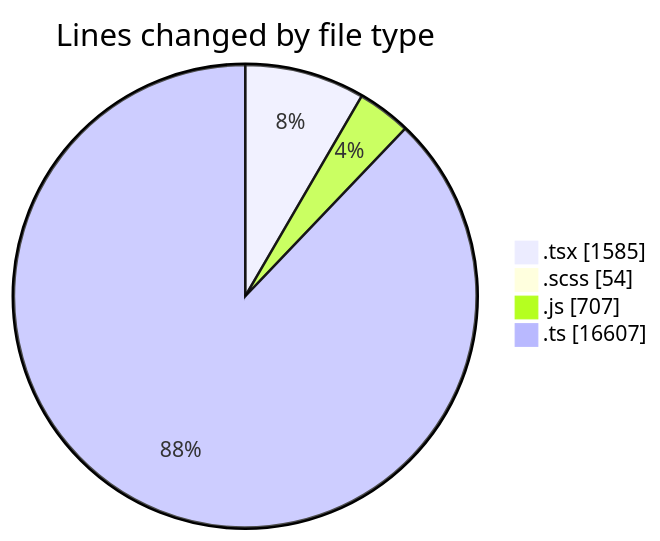
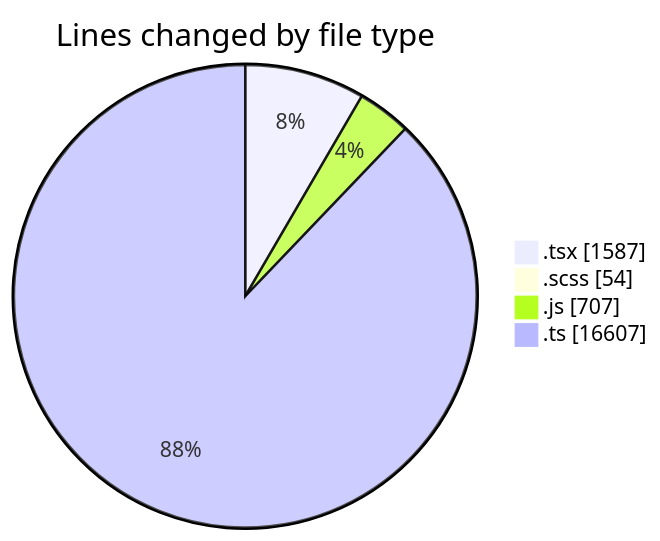
Before and after one commit to momahboobian/code-tracking: the first of 2 diagrams in 2026-07-21/cda/README.md, drawn with Mermaid. The commit also changed other lines of this file and 1 other file, not shown here.

````diff
--- a/2026-07-21/cda/README.md
+++ b/2026-07-21/cda/README.md
@@ -36,8 +36,8 @@
 ```mermaid
 pie showData
 title Lines changed by file type
-".tsx" : 1585
+".tsx" : 1587
 ".scss" : 54
 ".js" : 707
 ".ts" : 16607
 ```
````
